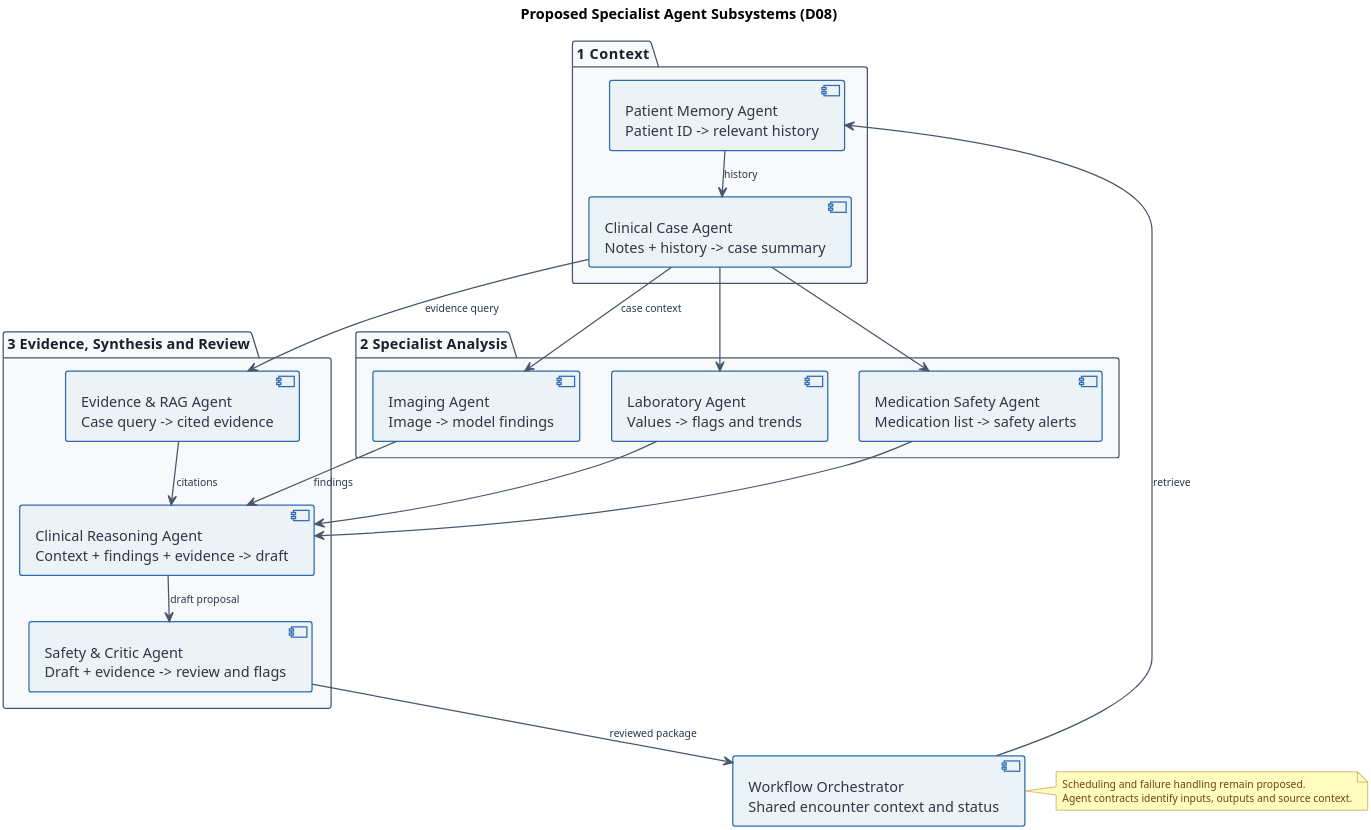
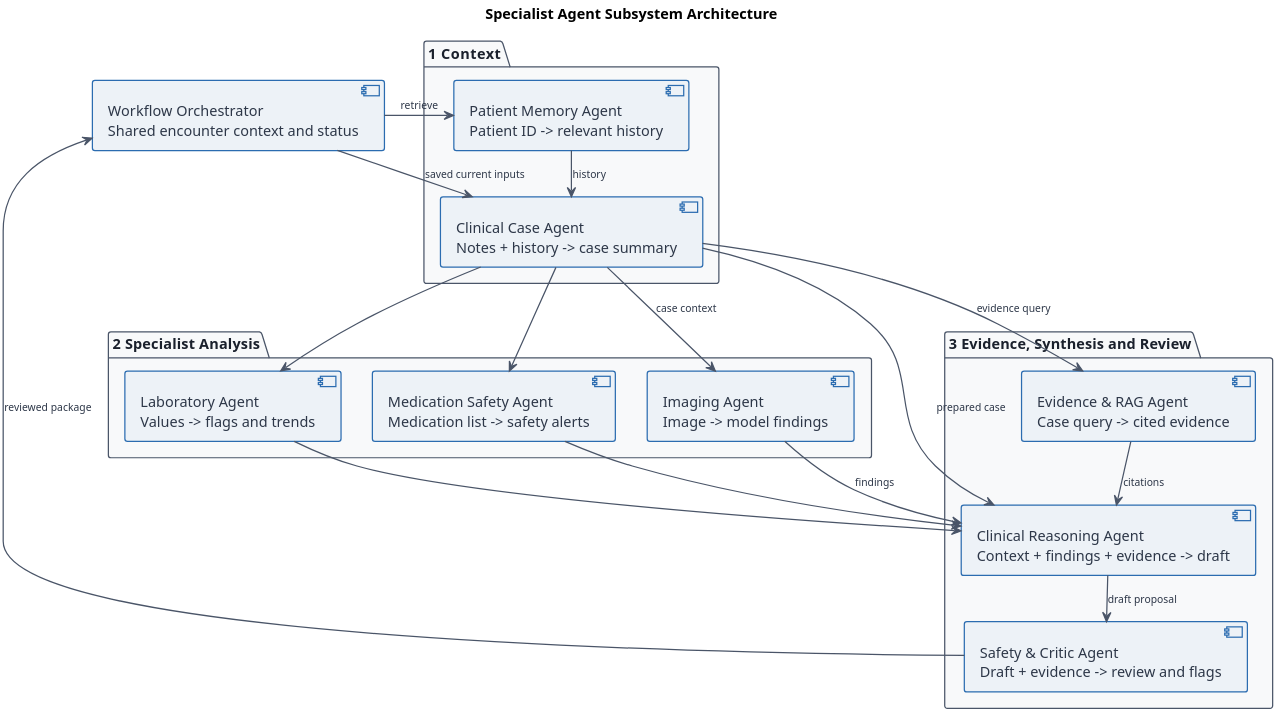
The diagram in esha/diagrams/agent_subsystems.puml (fatimamalik2307/fyp-report), drawn with PlantUML before and after one commit. The commit also changed 22 other files, not shown here.

Commit message:
Simplify report sections and correct architecture diagrams

```diff
--- a/esha/diagrams/agent_subsystems.puml
+++ b/esha/diagrams/agent_subsystems.puml
@@ -1,79 +1,76 @@
 @startuml esha_D08_agent_subsystems
 top to bottom direction
 skinparam backgroundColor #FFFFFF
 skinparam shadowing false
 skinparam defaultFontName "Helvetica", "Arial", sans-serif
 skinparam defaultFontSize 14
 skinparam dpi 300
 skinparam nodesep 30
 skinparam ranksep 30
 
 skinparam package {
     BackgroundColor #F8F9FA
     BorderColor #4A5568
     BorderThickness 1.2
     FontColor #1A202C
     FontStyle bold
 }
 
 skinparam component {
     BackgroundColor #EDF2F7
     BorderColor #2B6CB0
     BorderThickness 1.2
     FontColor #2D3748
 }
 
 skinparam note {
     BackgroundColor #FEFCBF
     BorderColor #B7791F
     FontColor #744210
     FontSize 10
 }
 
 skinparam arrow {
     Color #4A5568
     Thickness 1.2
     FontColor #2D3748
     FontSize 10
 }
 
-title Proposed Specialist Agent Subsystems (D08)
+title Specialist Agent Subsystem Architecture
 
 component [Workflow Orchestrator\nShared encounter context and status] as Engine
 
 package "1  Context" as IntakePkg {
     component [Patient Memory Agent\nPatient ID -> relevant history] as PMAgent
     component [Clinical Case Agent\nNotes + history -> case summary] as CCAgent
 }
 
 package "2  Specialist Analysis" as SpecialistPkg {
     component [Imaging Agent\nImage -> model findings] as ImgAgent
     component [Laboratory Agent\nValues -> flags and trends] as LabAgent
     component [Medication Safety Agent\nMedication list -> safety alerts] as MedAgent
 }
 
 package "3  Evidence, Synthesis and Review" as GovernancePkg {
     component [Evidence & RAG Agent\nCase query -> cited evidence] as RAGAgent
     component [Clinical Reasoning Agent\nContext + findings + evidence -> draft] as ReasoningAgent
     component [Safety & Critic Agent\nDraft + evidence -> review and flags] as CriticAgent
 }
 
 Engine --> PMAgent : retrieve
+Engine --> CCAgent : saved current inputs
+CCAgent --> ReasoningAgent : prepared case
 PMAgent --> CCAgent : history
 CCAgent --> ImgAgent : case context
 CCAgent --> LabAgent
 CCAgent --> MedAgent
 ImgAgent --> ReasoningAgent : findings
 LabAgent --> ReasoningAgent
 MedAgent --> ReasoningAgent
 CCAgent --> RAGAgent : evidence query
 RAGAgent --> ReasoningAgent : citations
 ReasoningAgent --> CriticAgent : draft proposal
 CriticAgent --> Engine : reviewed package
 
-note right of Engine
-  Scheduling and failure handling remain proposed.
-  Agent contracts identify inputs, outputs and source context.
-end note
-
 @enduml
```
